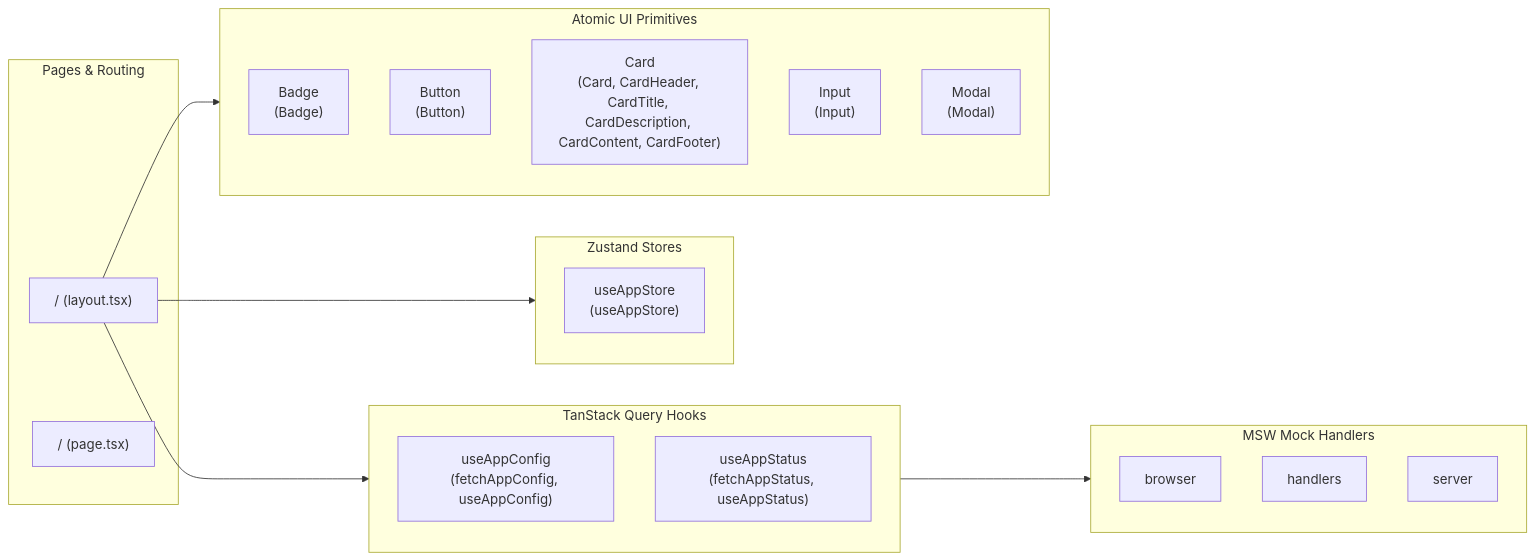
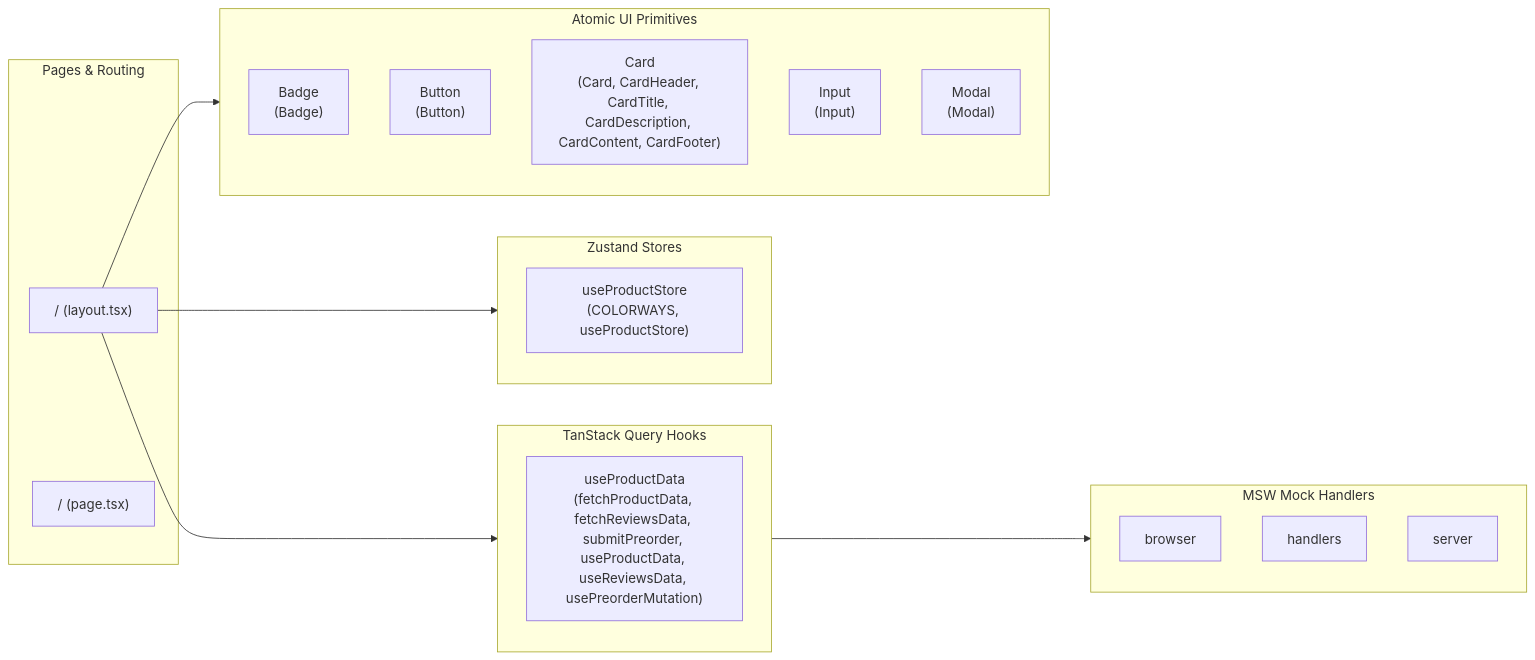
Before and after one commit to calin-m/RoH-Sound: the third of 3 diagrams in ARCHITECTURE.md, drawn with Mermaid. The commit also changed other lines of this file and 52 other files, not shown here.

````diff
--- a/ARCHITECTURE.md
+++ b/ARCHITECTURE.md
@@ -88,43 +88,41 @@
 ```mermaid
 flowchart LR
     subgraph Routes ["Pages & Routing"]
         Route_0["/ (layout.tsx)"]
         Route_1["/ (page.tsx)"]
     end
 
     subgraph Queries ["TanStack Query Hooks"]
-        Query_0["useAppConfig
-(fetchAppConfig, useAppConfig)"]
-        Query_1["useAppStatus
-(fetchAppStatus, useAppStatus)"]
+        Query_0["useProductData
+(fetchProductData, fetchReviewsData, submitPreorder, useProductData, useReviewsData, usePreorderMutation)"]
     end
 
     subgraph Stores ["Zustand Stores"]
-        Store_0["useAppStore
-(useAppStore)"]
+        Store_0["useProductStore
+(COLORWAYS, useProductStore)"]
     end
 
     subgraph UIComponents ["Atomic UI Primitives"]
         UI_0["Badge
 (Badge)"]
         UI_1["Button
 (Button)"]
         UI_2["Card
 (Card, CardHeader, CardTitle, CardDescription, CardContent, CardFooter)"]
         UI_3["Input
 (Input)"]
         UI_4["Modal
 (Modal)"]
     end
 
     subgraph Mocks ["MSW Mock Handlers"]
         Mock_0["browser"]
         Mock_1["handlers"]
         Mock_2["server"]
     end
 
     Route_0 --> UIComponents
     Route_0 --> Stores
     Route_0 --> Queries
     Queries --> Mocks
 ```
````
